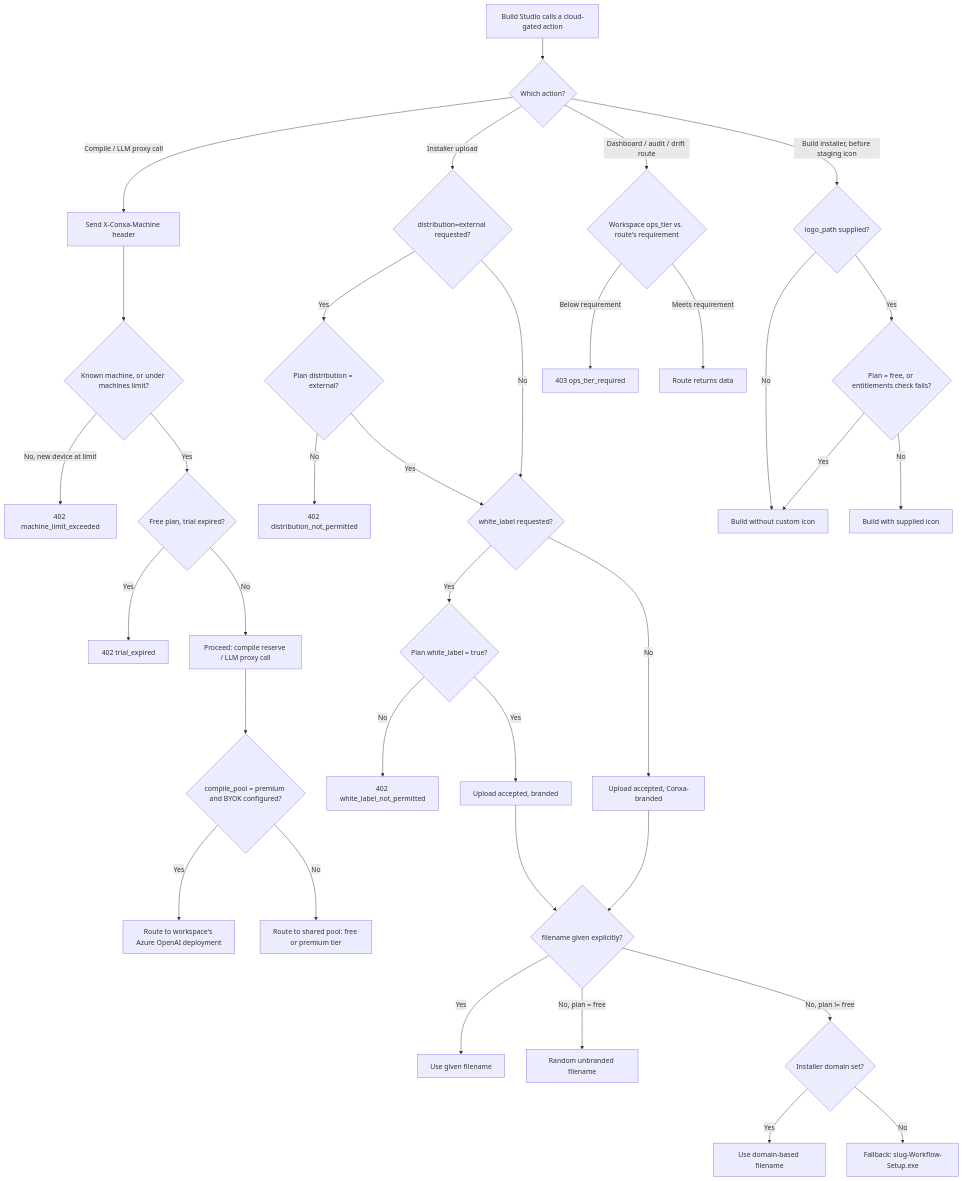
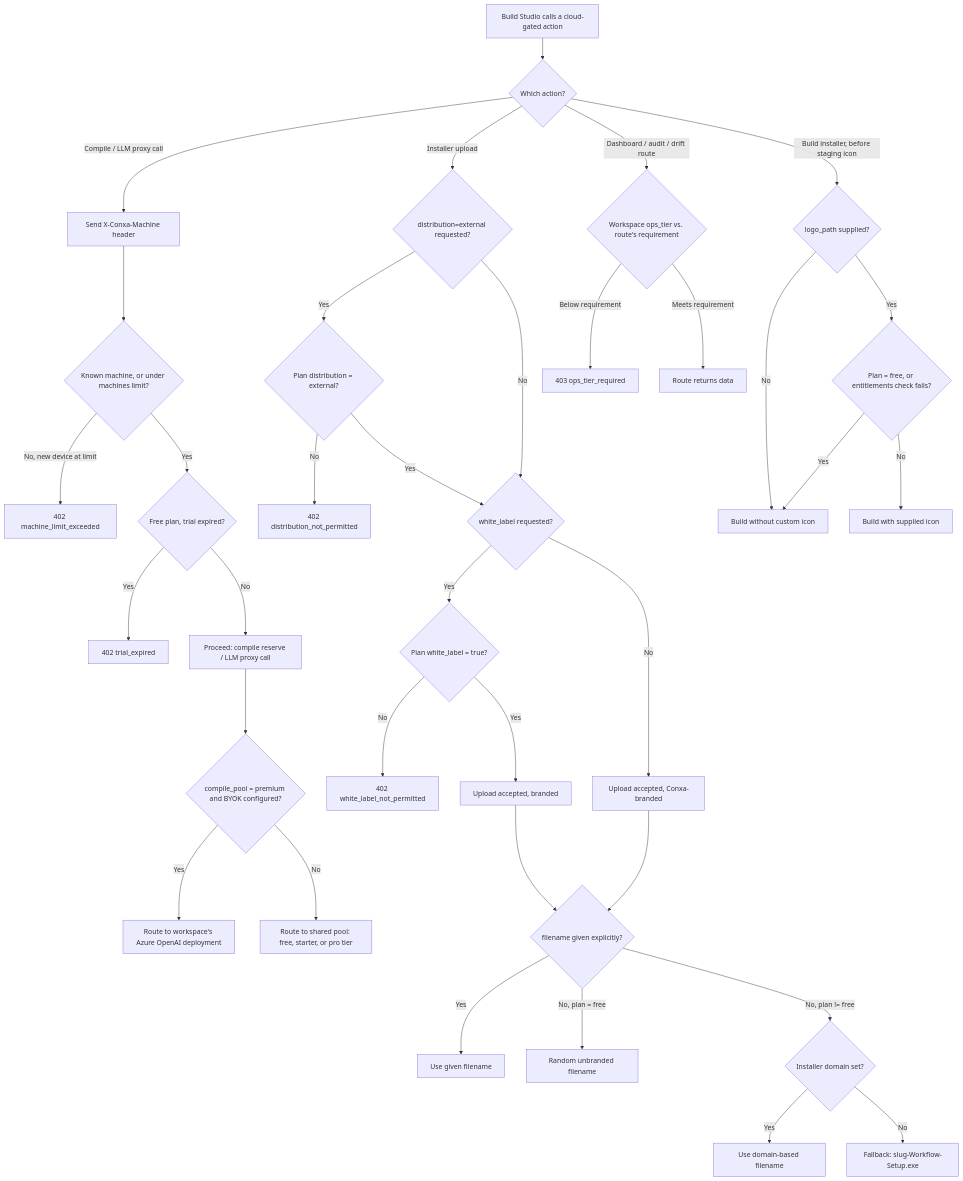
One commit to Cannonbold2412/CONXA changed diagram 22 of 22 in docs/App-Flow.md. Above: the diagram before and after it, drawn with Mermaid. The commit also changed other lines of this file and 7 other files, not shown here.

````diff
--- a/docs/App-Flow.md
+++ b/docs/App-Flow.md
@@ -810,40 +839,40 @@
 ```mermaid
 flowchart TD
     A[Build Studio calls a cloud-gated action] --> B{Which action?}
     B -->|Compile / LLM proxy call| C[Send X-Conxa-Machine header]
     C --> D{Known machine, or under machines limit?}
     D -->|No, new device at limit| E[402 machine_limit_exceeded]
     D -->|Yes| F{Free plan, trial expired?}
     F -->|Yes| G[402 trial_expired]
     F -->|No| H[Proceed: compile reserve / LLM proxy call]
     H --> I{compile_pool = premium and BYOK configured?}
     I -->|Yes| J[Route to workspace's Azure OpenAI deployment]
-    I -->|No| K[Route to shared pool: free or premium tier]
+    I -->|No| K[Route to shared pool: free, starter, or pro tier]
 
     B -->|Installer upload| L{distribution=external requested?}
     L -->|Yes| M{Plan distribution = external?}
     M -->|No| N[402 distribution_not_permitted]
     M -->|Yes| O{white_label requested?}
     L -->|No| O
     O -->|Yes| P{Plan white_label = true?}
     P -->|No| Q[402 white_label_not_permitted]
     P -->|Yes| R[Upload accepted, branded]
     O -->|No| S[Upload accepted, Conxa-branded]
     R --> AE{filename given explicitly?}
     S --> AE
     AE -->|Yes| AF[Use given filename]
     AE -->|No, plan = free| AG[Random unbranded filename]
     AE -->|No, plan != free| AH{Installer domain set?}
     AH -->|Yes| AI[Use domain-based filename]
     AH -->|No| AJ["Fallback: slug-Workflow-Setup.exe"]
 
     B -->|Dashboard / audit / drift route| T{Workspace ops_tier vs. route's requirement}
     T -->|Below requirement| U[403 ops_tier_required]
     T -->|Meets requirement| V[Route returns data]
 
     B -->|Build installer, before staging icon| AK{logo_path supplied?}
     AK -->|No| AL[Build without custom icon]
     AK -->|Yes| AM{Plan = free, or entitlements check fails?}
     AM -->|Yes| AL
     AM -->|No| AN[Build with supplied icon]
 ```
````
